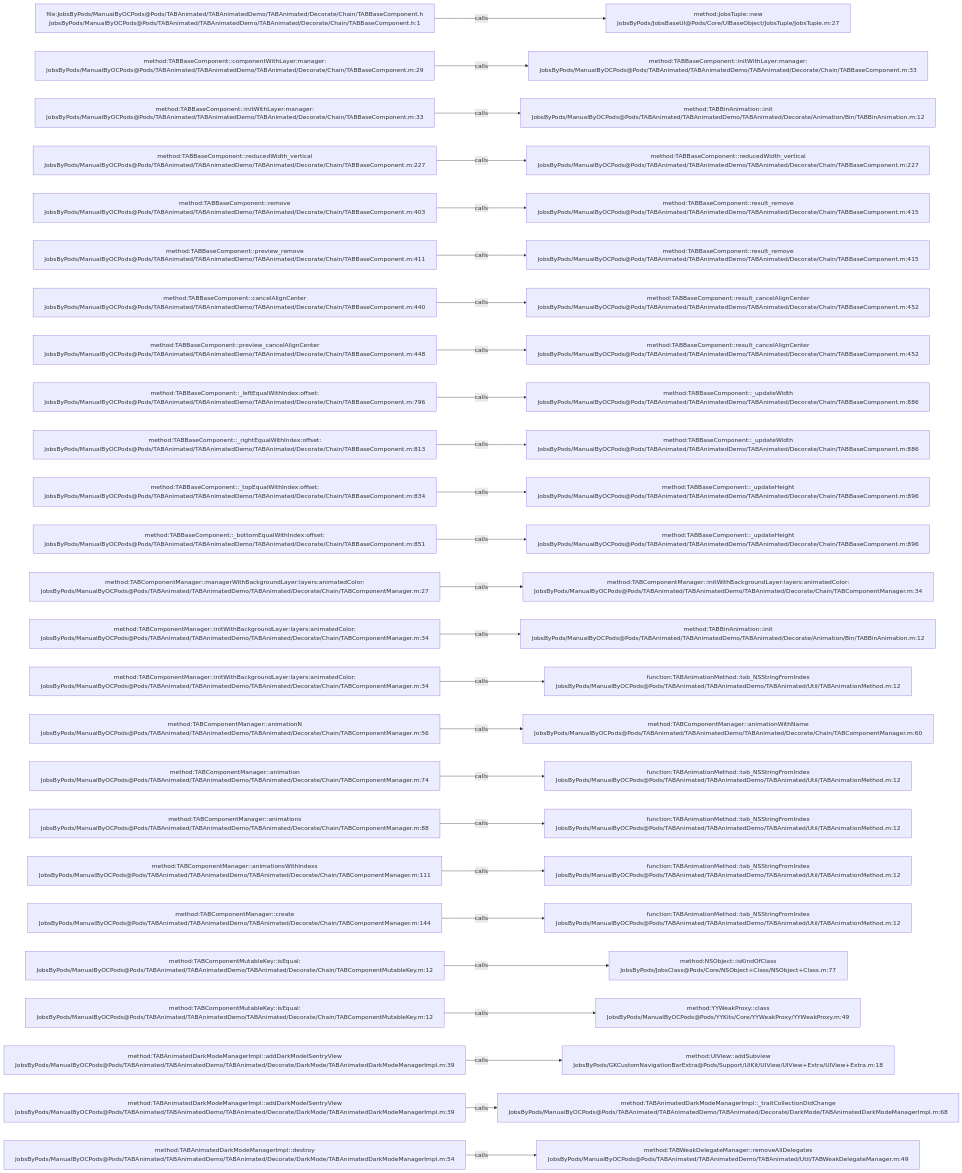
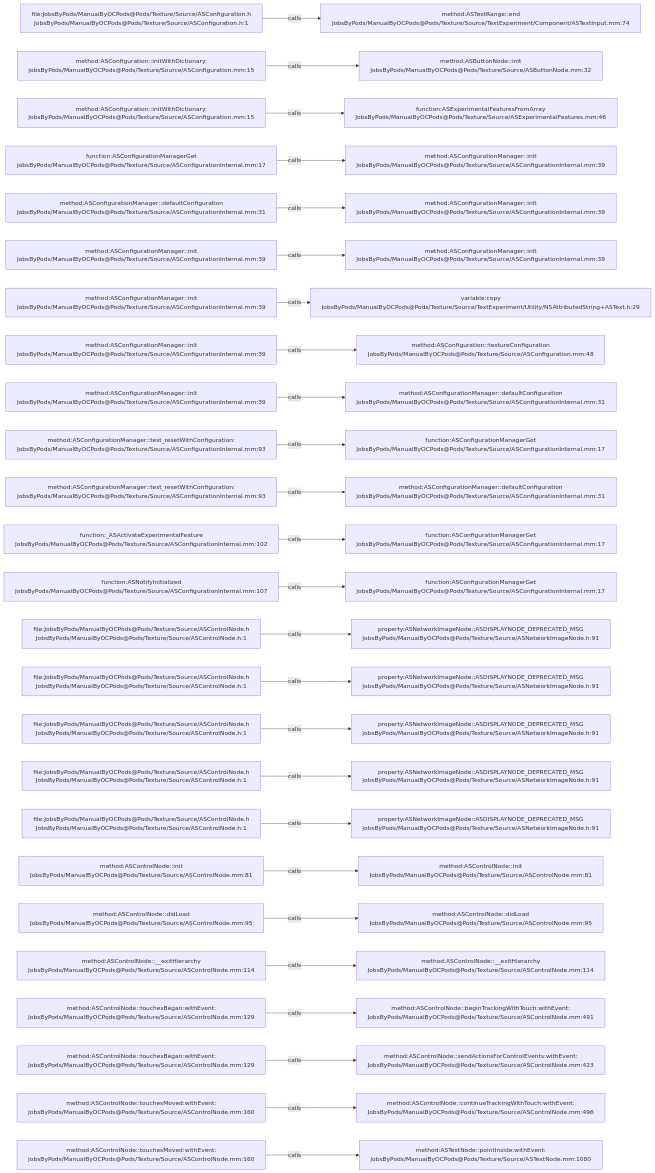
The diagram in .codegraph/codegraph.md/graphs/calls-195.md (JobsKits/JobsOCBaseConfigDemo), drawn with Mermaid before and after one commit. The commit also changed 573 other files, not shown here.

````diff
--- a/.codegraph/codegraph.md/graphs/calls-195.md
+++ b/.codegraph/codegraph.md/graphs/calls-195.md
@@ -13,78 +13,78 @@
 ```mermaid
 flowchart LR
-  S1["file:JobsByPods/ManualByOCPods@Pods/TABAnimated/TABAnimatedDemo/TABAnimated/Decorate/Chain/TABBaseComponent.h<br/>JobsByPods/ManualByOCPods@Pods/TABAnimated/TABAnimatedDemo/TABAnimated/Decorate/Chain/TABBaseComponent.h:1"]
-  T1["method:JobsTuple::new<br/>JobsByPods/JobsBaseUI@Pods/Core/UIBaseObject/JobsTuple/JobsTuple.m:27"]
+  S1["file:JobsByPods/ManualByOCPods@Pods/Texture/Source/ASConfiguration.h<br/>JobsByPods/ManualByOCPods@Pods/Texture/Source/ASConfiguration.h:1"]
+  T1["method:ASTextRange::end<br/>JobsByPods/ManualByOCPods@Pods/Texture/Source/TextExperiment/Component/ASTextInput.mm:74"]
   S1 -->|calls| T1
-  S2["method:TABBaseComponent::componentWithLayer:manager:<br/>JobsByPods/ManualByOCPods@Pods/TABAnimated/TABAnimatedDemo/TABAnimated/Decorate/Chain/TABBaseComponent.m:29"]
-  T2["method:TABBaseComponent::initWithLayer:manager:<br/>JobsByPods/ManualByOCPods@Pods/TABAnimated/TABAnimatedDemo/TABAnimated/Decorate/Chain/TABBaseComponent.m:33"]
+  S2["method:ASConfiguration::initWithDictionary:<br/>JobsByPods/ManualByOCPods@Pods/Texture/Source/ASConfiguration.mm:15"]
+  T2["method:ASButtonNode::init<br/>JobsByPods/ManualByOCPods@Pods/Texture/Source/ASButtonNode.mm:32"]
   S2 -->|calls| T2
-  S3["method:TABBaseComponent::initWithLayer:manager:<br/>JobsByPods/ManualByOCPods@Pods/TABAnimated/TABAnimatedDemo/TABAnimated/Decorate/Chain/TABBaseComponent.m:33"]
-  T3["method:TABBinAnimation::init<br/>JobsByPods/ManualByOCPods@Pods/TABAnimated/TABAnimatedDemo/TABAnimated/Decorate/Animation/Bin/TABBinAnimation.m:12"]
+  S3["method:ASConfiguration::initWithDictionary:<br/>JobsByPods/ManualByOCPods@Pods/Texture/Source/ASConfiguration.mm:15"]
+  T3["function:ASExperimentalFeaturesFromArray<br/>JobsByPods/ManualByOCPods@Pods/Texture/Source/ASExperimentalFeatures.mm:46"]
   S3 -->|calls| T3
-  S4["method:TABBaseComponent::reducedWidth_vertical<br/>JobsByPods/ManualByOCPods@Pods/TABAnimated/TABAnimatedDemo/TABAnimated/Decorate/Chain/TABBaseComponent.m:227"]
-  T4["method:TABBaseComponent::reducedWidth_vertical<br/>JobsByPods/ManualByOCPods@Pods/TABAnimated/TABAnimatedDemo/TABAnimated/Decorate/Chain/TABBaseComponent.m:227"]
+  S4["function:ASConfigurationManagerGet<br/>JobsByPods/ManualByOCPods@Pods/Texture/Source/ASConfigurationInternal.mm:17"]
+  T4["method:ASConfigurationManager::init<br/>JobsByPods/ManualByOCPods@Pods/Texture/Source/ASConfigurationInternal.mm:39"]
   S4 -->|calls| T4
-  S5["method:TABBaseComponent::remove<br/>JobsByPods/ManualByOCPods@Pods/TABAnimated/TABAnimatedDemo/TABAnimated/Decorate/Chain/TABBaseComponent.m:403"]
-  T5["method:TABBaseComponent::result_remove<br/>JobsByPods/ManualByOCPods@Pods/TABAnimated/TABAnimatedDemo/TABAnimated/Decorate/Chain/TABBaseComponent.m:415"]
+  S5["method:ASConfigurationManager::defaultConfiguration<br/>JobsByPods/ManualByOCPods@Pods/Texture/Source/ASConfigurationInternal.mm:31"]
+  T5["method:ASConfigurationManager::init<br/>JobsByPods/ManualByOCPods@Pods/Texture/Source/ASConfigurationInternal.mm:39"]
   S5 -->|calls| T5
-  S6["method:TABBaseComponent::preview_remove<br/>JobsByPods/ManualByOCPods@Pods/TABAnimated/TABAnimatedDemo/TABAnimated/Decorate/Chain/TABBaseComponent.m:411"]
-  T6["method:TABBaseComponent::result_remove<br/>JobsByPods/ManualByOCPods@Pods/TABAnimated/TABAnimatedDemo/TABAnimated/Decorate/Chain/TABBaseComponent.m:415"]
+  S6["method:ASConfigurationManager::init<br/>JobsByPods/ManualByOCPods@Pods/Texture/Source/ASConfigurationInternal.mm:39"]
+  T6["method:ASConfigurationManager::init<br/>JobsByPods/ManualByOCPods@Pods/Texture/Source/ASConfigurationInternal.mm:39"]
   S6 -->|calls| T6
-  S7["method:TABBaseComponent::cancelAlignCenter<br/>JobsByPods/ManualByOCPods@Pods/TABAnimated/TABAnimatedDemo/TABAnimated/Decorate/Chain/TABBaseComponent.m:440"]
-  T7["method:TABBaseComponent::result_cancelAlignCenter<br/>JobsByPods/ManualByOCPods@Pods/TABAnimated/TABAnimatedDemo/TABAnimated/Decorate/Chain/TABBaseComponent.m:452"]
+  S7["method:ASConfigurationManager::init<br/>JobsByPods/ManualByOCPods@Pods/Texture/Source/ASConfigurationInternal.mm:39"]
+  T7["variable:copy<br/>JobsByPods/ManualByOCPods@Pods/Texture/Source/TextExperiment/Utility/NSAttributedString+ASText.h:29"]
   S7 -->|calls| T7
-  S8["method:TABBaseComponent::preview_cancelAlignCenter<br/>JobsByPods/ManualByOCPods@Pods/TABAnimated/TABAnimatedDemo/TABAnimated/Decorate/Chain/TABBaseComponent.m:448"]
-  T8["method:TABBaseComponent::result_cancelAlignCenter<br/>JobsByPods/ManualByOCPods@Pods/TABAnimated/TABAnimatedDemo/TABAnimated/Decorate/Chain/TABBaseComponent.m:452"]
+  S8["method:ASConfigurationManager::init<br/>JobsByPods/ManualByOCPods@Pods/Texture/Source/ASConfigurationInternal.mm:39"]
+  T8["method:ASConfiguration::textureConfiguration<br/>JobsByPods/ManualByOCPods@Pods/Texture/Source/ASConfiguration.mm:48"]
   S8 -->|calls| T8
-  S9["method:TABBaseComponent::_leftEqualWithIndex:offset:<br/>JobsByPods/ManualByOCPods@Pods/TABAnimated/TABAnimatedDemo/TABAnimated/Decorate/Chain/TABBaseComponent.m:796"]
-  T9["method:TABBaseComponent::_updateWidth<br/>JobsByPods/ManualByOCPods@Pods/TABAnimated/TABAnimatedDemo/TABAnimated/Decorate/Chain/TABBaseComponent.m:886"]
+  S9["method:ASConfigurationManager::init<br/>JobsByPods/ManualByOCPods@Pods/Texture/Source/ASConfigurationInternal.mm:39"]
+  T9["method:ASConfigurationManager::defaultConfiguration<br/>JobsByPods/ManualByOCPods@Pods/Texture/Source/ASConfigurationInternal.mm:31"]
   S9 -->|calls| T9
-  S10["method:TABBaseComponent::_rightEqualWithIndex:offset:<br/>JobsByPods/ManualByOCPods@Pods/TABAnimated/TABAnimatedDemo/TABAnimated/Decorate/Chain/TABBaseComponent.m:813"]
-  T10["method:TABBaseComponent::_updateWidth<br/>JobsByPods/ManualByOCPods@Pods/TABAnimated/TABAnimatedDemo/TABAnimated/Decorate/Chain/TABBaseComponent.m:886"]
+  S10["method:ASConfigurationManager::test_resetWithConfiguration:<br/>JobsByPods/ManualByOCPods@Pods/Texture/Source/ASConfigurationInternal.mm:93"]
+  T10["function:ASConfigurationManagerGet<br/>JobsByPods/ManualByOCPods@Pods/Texture/Source/ASConfigurationInternal.mm:17"]
   S10 -->|calls| T10
-  S11["method:TABBaseComponent::_topEqualWithIndex:offset:<br/>JobsByPods/ManualByOCPods@Pods/TABAnimated/TABAnimatedDemo/TABAnimated/Decorate/Chain/TABBaseComponent.m:834"]
-  T11["method:TABBaseComponent::_updateHeight<br/>JobsByPods/ManualByOCPods@Pods/TABAnimated/TABAnimatedDemo/TABAnimated/Decorate/Chain/TABBaseComponent.m:896"]
+  S11["method:ASConfigurationManager::test_resetWithConfiguration:<br/>JobsByPods/ManualByOCPods@Pods/Texture/Source/ASConfigurationInternal.mm:93"]
+  T11["method:ASConfigurationManager::defaultConfiguration<br/>JobsByPods/ManualByOCPods@Pods/Texture/Source/ASConfigurationInternal.mm:31"]
   S11 -->|calls| T11
-  S12["method:TABBaseComponent::_bottomEqualWithIndex:offset:<br/>JobsByPods/ManualByOCPods@Pods/TABAnimated/TABAnimatedDemo/TABAnimated/Decorate/Chain/TABBaseComponent.m:851"]
-  T12["method:TABBaseComponent::_updateHeight<br/>JobsByPods/ManualByOCPods@Pods/TABAnimated/TABAnimatedDemo/TABAnimated/Decorate/Chain/TABBaseComponent.m:896"]
+  S12["function:_ASActivateExperimentalFeature<br/>JobsByPods/ManualByOCPods@Pods/Texture/Source/ASConfigurationInternal.mm:102"]
+  T12["function:ASConfigurationManagerGet<br/>JobsByPods/ManualByOCPods@Pods/Texture/Source/ASConfigurationInternal.mm:17"]
   S12 -->|calls| T12
-  S13["method:TABComponentManager::managerWithBackgroundLayer:layers:animatedColor:<br/>JobsByPods/ManualByOCPods@Pods/TABAnimated/TABAnimatedDemo/TABAnimated/Decorate/Chain/TABComponentManager.m:27"]
-  T13["method:TABComponentManager::initWithBackgroundLayer:layers:animatedColor:<br/>JobsByPods/ManualByOCPods@Pods/TABAnimated/TABAnimatedDemo/TABAnimated/Decorate/Chain/TABComponentManager.m:34"]
+  S13["function:ASNotifyInitialized<br/>JobsByPods/ManualByOCPods@Pods/Texture/Source/ASConfigurationInternal.mm:107"]
+  T13["function:ASConfigurationManagerGet<br/>JobsByPods/ManualByOCPods@Pods/Texture/Source/ASConfigurationInternal.mm:17"]
   S13 -->|calls| T13
-  S14["method:TABComponentManager::initWithBackgroundLayer:layers:animatedColor:<br/>JobsByPods/ManualByOCPods@Pods/TABAnimated/TABAnimatedDemo/TABAnimated/Decorate/Chain/TABComponentManager.m:34"]
-  T14["method:TABBinAnimation::init<br/>JobsByPods/ManualByOCPods@Pods/TABAnimated/TABAnimatedDemo/TABAnimated/Decorate/Animation/Bin/TABBinAnimation.m:12"]
+  S14["file:JobsByPods/ManualByOCPods@Pods/Texture/Source/ASControlNode.h<br/>JobsByPods/ManualByOCPods@Pods/Texture/Source/ASControlNode.h:1"]
+  T14["property:ASNetworkImageNode::ASDISPLAYNODE_DEPRECATED_MSG<br/>JobsByPods/ManualByOCPods@Pods/Texture/Source/ASNetworkImageNode.h:91"]
   S14 -->|calls| T14
-  S15["method:TABComponentManager::initWithBackgroundLayer:layers:animatedColor:<br/>JobsByPods/ManualByOCPods@Pods/TABAnimated/TABAnimatedDemo/TABAnimated/Decorate/Chain/TABComponentManager.m:34"]
-  T15["function:TABAnimationMethod::tab_NSStringFromIndex<br/>JobsByPods/ManualByOCPods@Pods/TABAnimated/TABAnimatedDemo/TABAnimated/Util/TABAnimationMethod.m:12"]
+  S15["file:JobsByPods/ManualByOCPods@Pods/Texture/Source/ASControlNode.h<br/>JobsByPods/ManualByOCPods@Pods/Texture/Source/ASControlNode.h:1"]
+  T15["property:ASNetworkImageNode::ASDISPLAYNODE_DEPRECATED_MSG<br/>JobsByPods/ManualByOCPods@Pods/Texture/Source/ASNetworkImageNode.h:91"]
   S15 -->|calls| T15
-  S16["method:TABComponentManager::animationN<br/>JobsByPods/ManualByOCPods@Pods/TABAnimated/TABAnimatedDemo/TABAnimated/Decorate/Chain/TABComponentManager.m:56"]
-  T16["method:TABComponentManager::animationWithName<br/>JobsByPods/ManualByOCPods@Pods/TABAnimated/TABAnimatedDemo/TABAnimated/Decorate/Chain/TABComponentManager.m:60"]
+  S16["file:JobsByPods/ManualByOCPods@Pods/Texture/Source/ASControlNode.h<br/>JobsByPods/ManualByOCPods@Pods/Texture/Source/ASControlNode.h:1"]
+  T16["property:ASNetworkImageNode::ASDISPLAYNODE_DEPRECATED_MSG<br/>JobsByPods/ManualByOCPods@Pods/Texture/Source/ASNetworkImageNode.h:91"]
   S16 -->|calls| T16
-  S17["method:TABComponentManager::animation<br/>JobsByPods/ManualByOCPods@Pods/TABAnimated/TABAnimatedDemo/TABAnimated/Decorate/Chain/TABComponentManager.m:74"]
-  T17["function:TABAnimationMethod::tab_NSStringFromIndex<br/>JobsByPods/ManualByOCPods@Pods/TABAnimated/TABAnimatedDemo/TABAnimated/Util/TABAnimationMethod.m:12"]
+  S17["file:JobsByPods/ManualByOCPods@Pods/Texture/Source/ASControlNode.h<br/>JobsByPods/ManualByOCPods@Pods/Texture/Source/ASControlNode.h:1"]
+  T17["property:ASNetworkImageNode::ASDISPLAYNODE_DEPRECATED_MSG<br/>JobsByPods/ManualByOCPods@Pods/Texture/Source/ASNetworkImageNode.h:91"]
   S17 -->|calls| T17
-  S18["method:TABComponentManager::animations<br/>JobsByPods/ManualByOCPods@Pods/TABAnimated/TABAnimatedDemo/TABAnimated/Decorate/Chain/TABComponentManager.m:88"]
-  T18["function:TABAnimationMethod::tab_NSStringFromIndex<br/>JobsByPods/ManualByOCPods@Pods/TABAnimated/TABAnimatedDemo/TABAnimated/Util/TABAnimationMethod.m:12"]
+  S18["file:JobsByPods/ManualByOCPods@Pods/Texture/Source/ASControlNode.h<br/>JobsByPods/ManualByOCPods@Pods/Texture/Source/ASControlNode.h:1"]
+  T18["property:ASNetworkImageNode::ASDISPLAYNODE_DEPRECATED_MSG<br/>JobsByPods/ManualByOCPods@Pods/Texture/Source/ASNetworkImageNode.h:91"]
   S18 -->|calls| T18
-  S19["method:TABComponentManager::animationsWithIndexs<br/>JobsByPods/ManualByOCPods@Pods/TABAnimated/TABAnimatedDemo/TABAnimated/Decorate/Chain/TABComponentManager.m:111"]
-  T19["function:TABAnimationMethod::tab_NSStringFromIndex<br/>JobsByPods/ManualByOCPods@Pods/TABAnimated/TABAnimatedDemo/TABAnimated/Util/TABAnimationMethod.m:12"]
+  S19["method:ASControlNode::init<br/>JobsByPods/ManualByOCPods@Pods/Texture/Source/ASControlNode.mm:81"]
+  T19["method:ASControlNode::init<br/>JobsByPods/ManualByOCPods@Pods/Texture/Source/ASControlNode.mm:81"]
   S19 -->|calls| T19
-  S20["method:TABComponentManager::create<br/>JobsByPods/ManualByOCPods@Pods/TABAnimated/TABAnimatedDemo/TABAnimated/Decorate/Chain/TABComponentManager.m:144"]
-  T20["function:TABAnimationMethod::tab_NSStringFromIndex<br/>JobsByPods/ManualByOCPods@Pods/TABAnimated/TABAnimatedDemo/TABAnimated/Util/TABAnimationMethod.m:12"]
+  S20["method:ASControlNode::didLoad<br/>JobsByPods/ManualByOCPods@Pods/Texture/Source/ASControlNode.mm:95"]
+  T20["method:ASControlNode::didLoad<br/>JobsByPods/ManualByOCPods@Pods/Texture/Source/ASControlNode.mm:95"]
   S20 -->|calls| T20
-  S21["method:TABComponentMutableKey::isEqual:<br/>JobsByPods/ManualByOCPods@Pods/TABAnimated/TABAnimatedDemo/TABAnimated/Decorate/Chain/TABComponentMutableKey.m:12"]
-  T21["method:NSObject::isKindOfClass<br/>JobsByPods/JobsClass@Pods/Core/NSObject+Class/NSObject+Class.m:77"]
+  S21["method:ASControlNode::__exitHierarchy<br/>JobsByPods/ManualByOCPods@Pods/Texture/Source/ASControlNode.mm:114"]
+  T21["method:ASControlNode::__exitHierarchy<br/>JobsByPods/ManualByOCPods@Pods/Texture/Source/ASControlNode.mm:114"]
   S21 -->|calls| T21
-  S22["method:TABComponentMutableKey::isEqual:<br/>JobsByPods/ManualByOCPods@Pods/TABAnimated/TABAnimatedDemo/TABAnimated/Decorate/Chain/TABComponentMutableKey.m:12"]
-  T22["method:YYWeakProxy::class<br/>JobsByPods/ManualByOCPods@Pods/YYKits/Core/YYWeakProxy/YYWeakProxy.m:49"]
+  S22["method:ASControlNode::touchesBegan:withEvent:<br/>JobsByPods/ManualByOCPods@Pods/Texture/Source/ASControlNode.mm:129"]
+  T22["method:ASControlNode::beginTrackingWithTouch:withEvent:<br/>JobsByPods/ManualByOCPods@Pods/Texture/Source/ASControlNode.mm:491"]
   S22 -->|calls| T22
-  S23["method:TABAnimatedDarkModeManagerImpl::addDarkModelSentryView<br/>JobsByPods/ManualByOCPods@Pods/TABAnimated/TABAnimatedDemo/TABAnimated/Decorate/DarkMode/TABAnimatedDarkModeManagerImpl.m:39"]
-  T23["method:UIView::addSubview<br/>JobsByPods/GKCustomNavigationBarExtra@Pods/Support/UIKit/UIView/UIView+Extra/UIView+Extra.m:18"]
+  S23["method:ASControlNode::touchesBegan:withEvent:<br/>JobsByPods/ManualByOCPods@Pods/Texture/Source/ASControlNode.mm:129"]
+  T23["method:ASControlNode::sendActionsForControlEvents:withEvent:<br/>JobsByPods/ManualByOCPods@Pods/Texture/Source/ASControlNode.mm:423"]
   S23 -->|calls| T23
-  S24["method:TABAnimatedDarkModeManagerImpl::addDarkModelSentryView<br/>JobsByPods/ManualByOCPods@Pods/TABAnimated/TABAnimatedDemo/TABAnimated/Decorate/DarkMode/TABAnimatedDarkModeManagerImpl.m:39"]
-  T24["method:TABAnimatedDarkModeManagerImpl::_traitCollectionDidChange<br/>JobsByPods/ManualByOCPods@Pods/TABAnimated/TABAnimatedDemo/TABAnimated/Decorate/DarkMode/TABAnimatedDarkModeManagerImpl.m:68"]
+  S24["method:ASControlNode::touchesMoved:withEvent:<br/>JobsByPods/ManualByOCPods@Pods/Texture/Source/ASControlNode.mm:160"]
+  T24["method:ASControlNode::continueTrackingWithTouch:withEvent:<br/>JobsByPods/ManualByOCPods@Pods/Texture/Source/ASControlNode.mm:496"]
   S24 -->|calls| T24
-  S25["method:TABAnimatedDarkModeManagerImpl::destroy<br/>JobsByPods/ManualByOCPods@Pods/TABAnimated/TABAnimatedDemo/TABAnimated/Decorate/DarkMode/TABAnimatedDarkModeManagerImpl.m:54"]
-  T25["method:TABWeakDelegateManager::removeAllDelegates<br/>JobsByPods/ManualByOCPods@Pods/TABAnimated/TABAnimatedDemo/TABAnimated/Util/TABWeakDelegateManager.m:49"]
+  S25["method:ASControlNode::touchesMoved:withEvent:<br/>JobsByPods/ManualByOCPods@Pods/Texture/Source/ASControlNode.mm:160"]
+  T25["method:ASTextNode::pointInside:withEvent:<br/>JobsByPods/ManualByOCPods@Pods/Texture/Source/ASTextNode.mm:1080"]
   S25 -->|calls| T25
 ```
````
